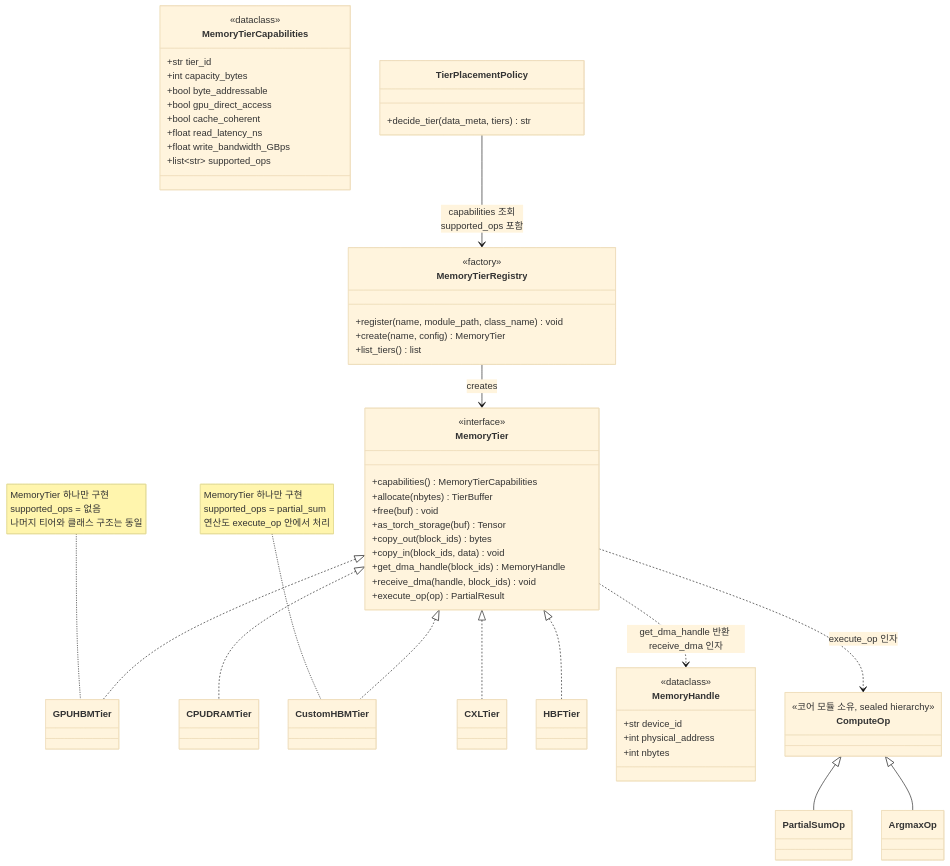
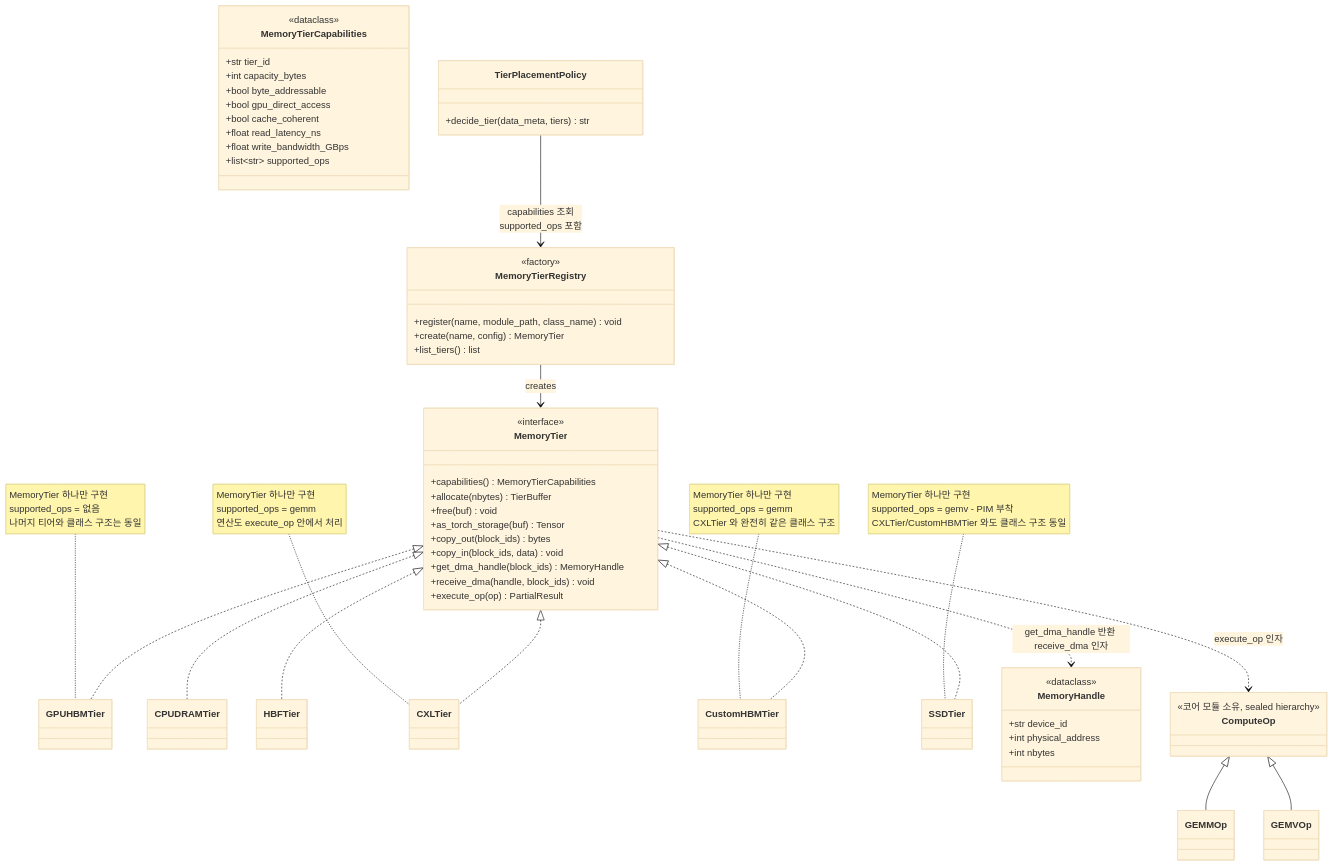
The second of 8 diagrams in doc-mk/vllm-memory-abstraction-level-candidates.md (mkim0628/vllm), drawn with Mermaid (base theme) before and after one commit. The commit also changed other lines of this file, not shown here.

````diff
--- a/doc-mk/vllm-memory-abstraction-level-candidates.md
+++ b/doc-mk/vllm-memory-abstraction-level-candidates.md
@@ -161,65 +171,68 @@
 ```mermaid
 classDiagram
     class MemoryTierCapabilities {
         <<dataclass>>
         +str tier_id
         +int capacity_bytes
         +bool byte_addressable
         +bool gpu_direct_access
         +bool cache_coherent
         +float read_latency_ns
         +float write_bandwidth_GBps
         +list~str~ supported_ops
     }
 
     class MemoryTier {
         <<interface>>
         +capabilities() MemoryTierCapabilities
         +allocate(nbytes) TierBuffer
         +free(buf) void
         +as_torch_storage(buf) Tensor
         +copy_out(block_ids) bytes
         +copy_in(block_ids, data) void
         +get_dma_handle(block_ids) MemoryHandle
         +receive_dma(handle, block_ids) void
         +execute_op(op) PartialResult
     }
     MemoryTier <|.. GPUHBMTier
     MemoryTier <|.. CPUDRAMTier
+    MemoryTier <|.. HBFTier
+    MemoryTier <|.. CXLTier
     MemoryTier <|.. CustomHBMTier
-    MemoryTier <|.. CXLTier
-    MemoryTier <|.. HBFTier
+    MemoryTier <|.. SSDTier
 
     class MemoryHandle {
         <<dataclass>>
         +str device_id
         +int physical_address
         +int nbytes
     }
     MemoryTier ..> MemoryHandle : get_dma_handle 반환 receive_dma 인자
 
     class ComputeOp {
         <<코어 모듈 소유, sealed hierarchy>>
     }
-    class PartialSumOp
-    class ArgmaxOp
-    ComputeOp <|-- PartialSumOp
-    ComputeOp <|-- ArgmaxOp
+    class GEMMOp
+    class GEMVOp
+    ComputeOp <|-- GEMMOp
+    ComputeOp <|-- GEMVOp
     MemoryTier ..> ComputeOp : execute_op 인자
 
-    note for CustomHBMTier "MemoryTier 하나만 구현<br/>supported_ops = partial_sum<br/>연산도 execute_op 안에서 처리"
+    note for CXLTier "MemoryTier 하나만 구현<br/>supported_ops = gemm<br/>연산도 execute_op 안에서 처리"
+    note for CustomHBMTier "MemoryTier 하나만 구현<br/>supported_ops = gemm<br/>CXLTier 와 완전히 같은 클래스 구조"
+    note for SSDTier "MemoryTier 하나만 구현<br/>supported_ops = gemv - PIM 부착<br/>CXLTier/CustomHBMTier 와도 클래스 구조 동일"
     note for GPUHBMTier "MemoryTier 하나만 구현<br/>supported_ops = 없음<br/>나머지 티어와 클래스 구조는 동일"
 
     class MemoryTierRegistry {
         <<factory>>
         +register(name, module_path, class_name) void
         +create(name, config) MemoryTier
         +list_tiers() list
     }
     MemoryTierRegistry --> MemoryTier : creates
 
     class TierPlacementPolicy {
         +decide_tier(data_meta, tiers) str
     }
     TierPlacementPolicy --> MemoryTierRegistry : capabilities 조회<br/>supported_ops 포함
 ```
````
